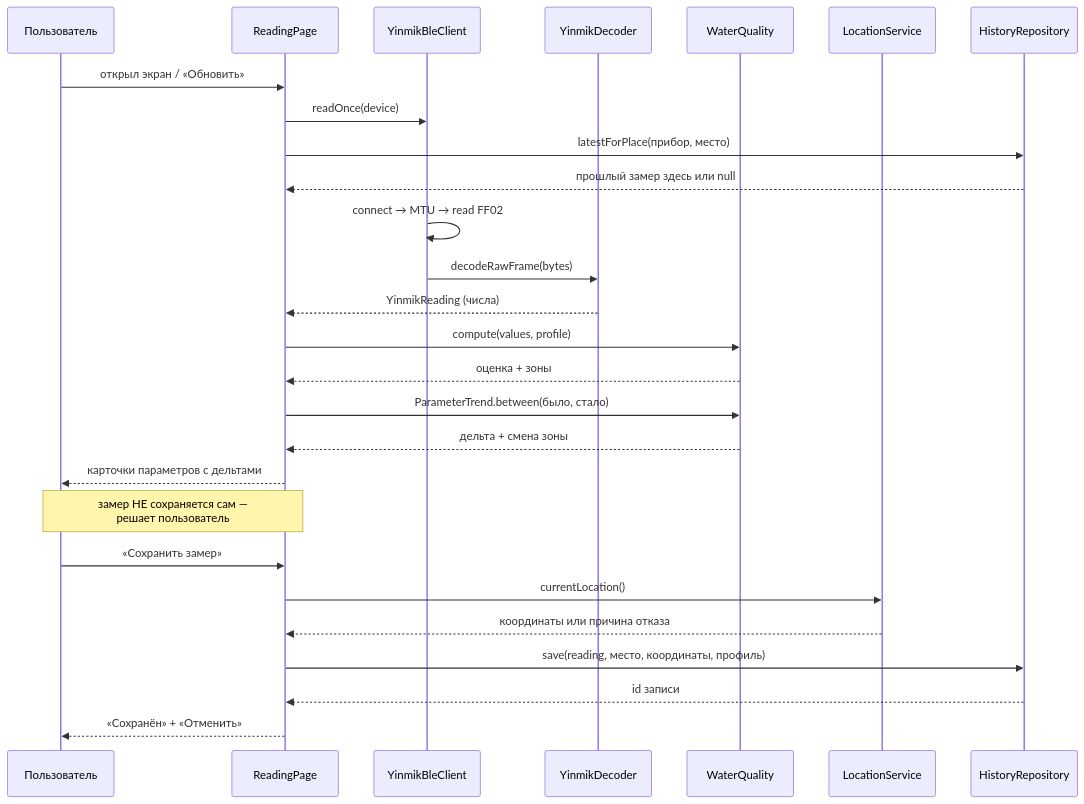
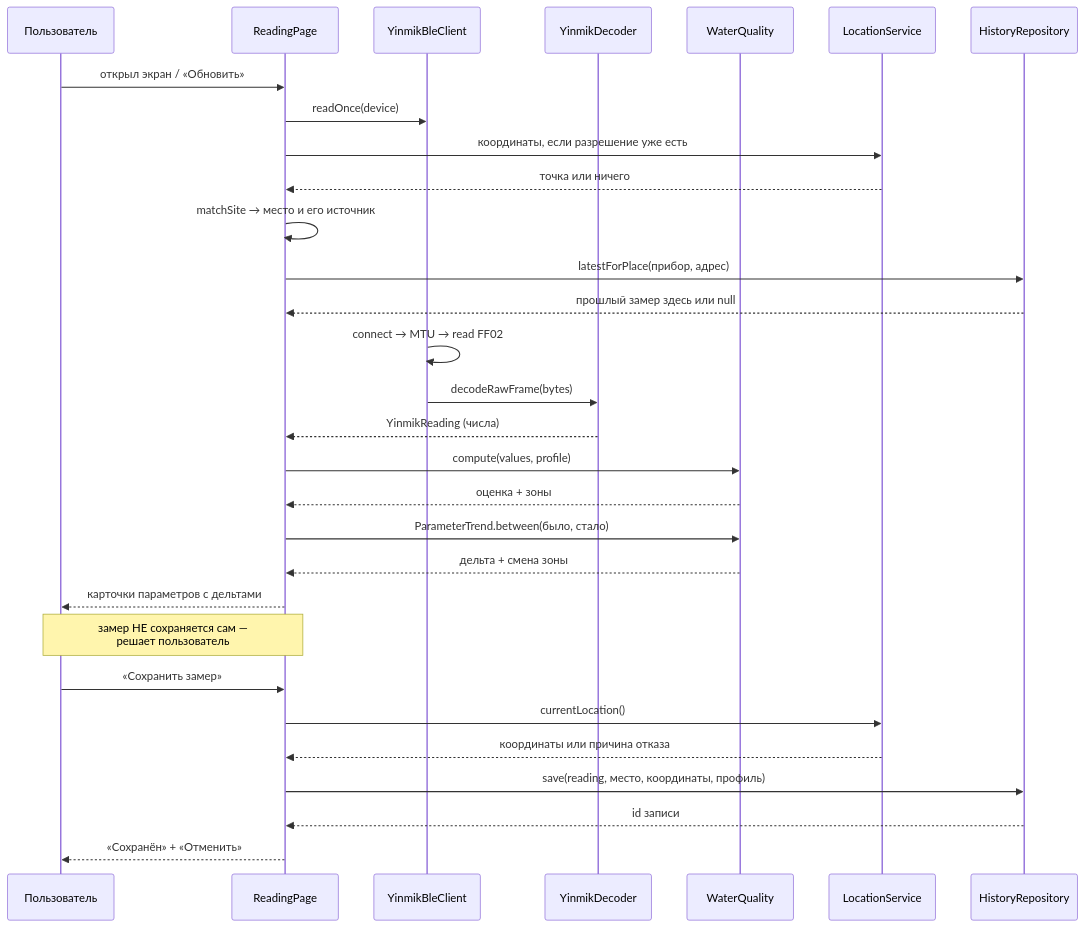
One commit to EugeneSoftwareDeveloper/SmartHomeWaterAnalyzer changed the second of 2 diagrams in docs/01-architecture.md. Above: the diagram before and after it, drawn with Mermaid. The commit also changed other lines of this file and 4 other files, not shown here.

````diff
--- a/docs/01-architecture.md
+++ b/docs/01-architecture.md
@@ -76,32 +76,35 @@
 ```mermaid
 sequenceDiagram
     participant U as Пользователь
     participant R as ReadingPage
     participant C as YinmikBleClient
     participant D as YinmikDecoder
     participant Q as WaterQuality
     participant L as LocationService
     participant H as HistoryRepository
 
     U->>R: открыл экран / «Обновить»
     R->>C: readOnce(device)
-    R->>H: latestForPlace(прибор, место)
+    R->>L: координаты, если разрешение уже есть
+    L-->>R: точка или ничего
+    R->>R: matchSite → место и его источник
+    R->>H: latestForPlace(прибор, адрес)
     H-->>R: прошлый замер здесь или null
     C->>C: connect → MTU → read FF02
     C->>D: decodeRawFrame(bytes)
     D-->>R: YinmikReading (числа)
     R->>Q: compute(values, profile)
     Q-->>R: оценка + зоны
     R->>Q: ParameterTrend.between(было, стало)
     Q-->>R: дельта + смена зоны
     R-->>U: карточки параметров с дельтами
 
     Note over R,U: замер НЕ сохраняется сам —<br/>решает пользователь
 
     U->>R: «Сохранить замер»
     R->>L: currentLocation()
     L-->>R: координаты или причина отказа
     R->>H: save(reading, место, координаты, профиль)
     H-->>R: id записи
     R-->>U: «Сохранён» + «Отменить»
 ```
````
